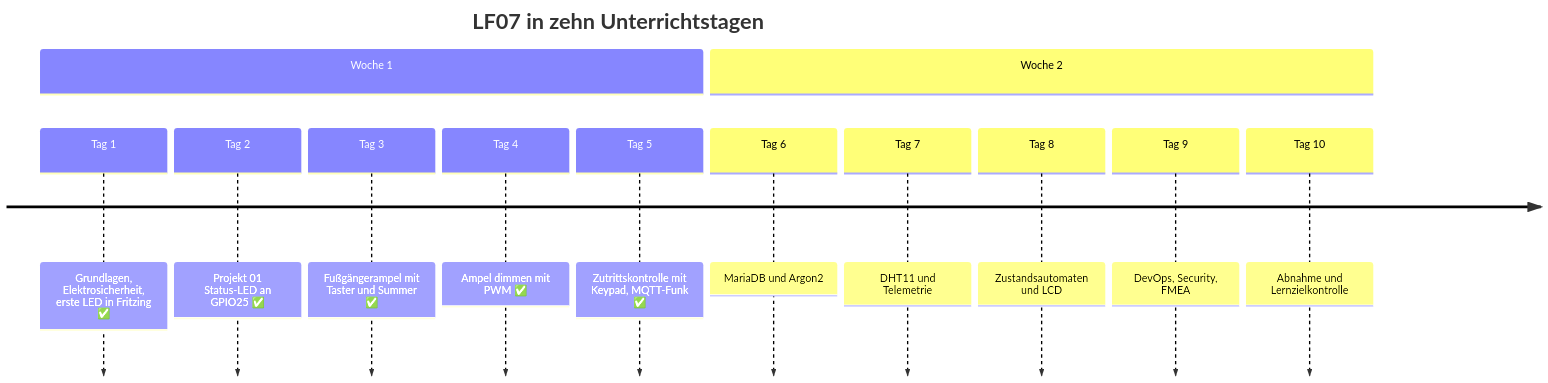
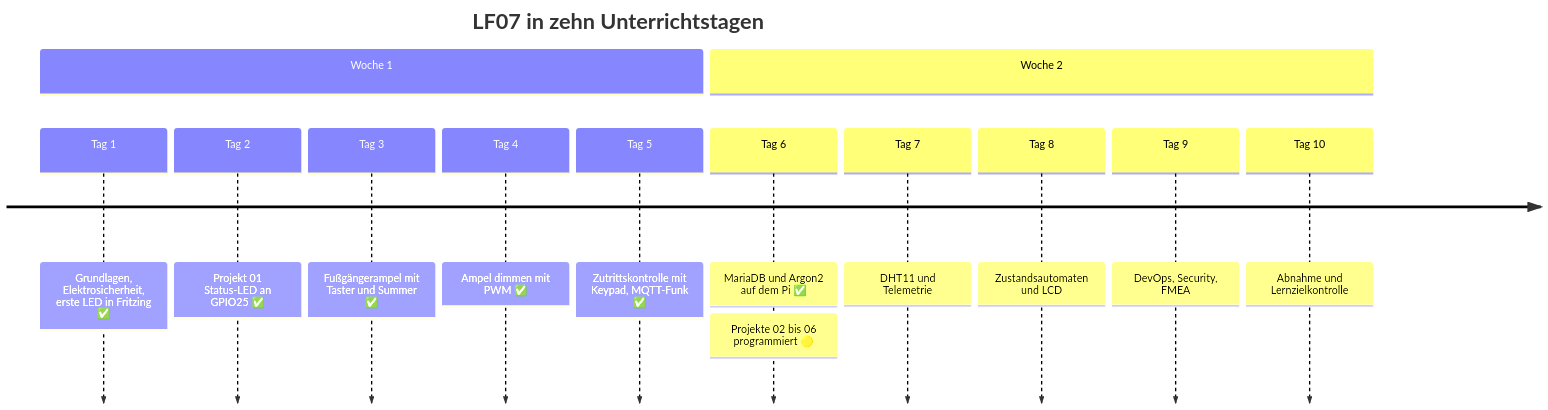
Before and after one commit to philmay1/lf07-cyber-physische-systeme: the third of 4 diagrams in README.de.md, drawn with Mermaid. The commit also changed other lines of this file and 42 other files, not shown here.

First line of the commit message:
feat(projekte): SENTINEL-Projekte 02 bis 06 mit zentralem Pinplan

````diff
--- a/README.de.md
+++ b/README.de.md
@@ -181,16 +183,16 @@
 ```mermaid
 timeline
     title LF07 in zehn Unterrichtstagen
     section Woche 1
         Tag 1 : Grundlagen, Elektrosicherheit, erste LED in Fritzing ✅
         Tag 2 : Projekt 01 Status-LED an GPIO25 ✅
         Tag 3 : Fußgängerampel mit Taster und Summer ✅
         Tag 4 : Ampel dimmen mit PWM ✅
         Tag 5 : Zutrittskontrolle mit Keypad, MQTT-Funk ✅
     section Woche 2
-        Tag 6 : MariaDB und Argon2
+        Tag 6 : MariaDB und Argon2 auf dem Pi ✅ : Projekte 02 bis 06 programmiert 🟡
         Tag 7 : DHT11 und Telemetrie
         Tag 8 : Zustandsautomaten und LCD
         Tag 9 : DevOps, Security, FMEA
         Tag 10 : Abnahme und Lernzielkontrolle
 ```
````
